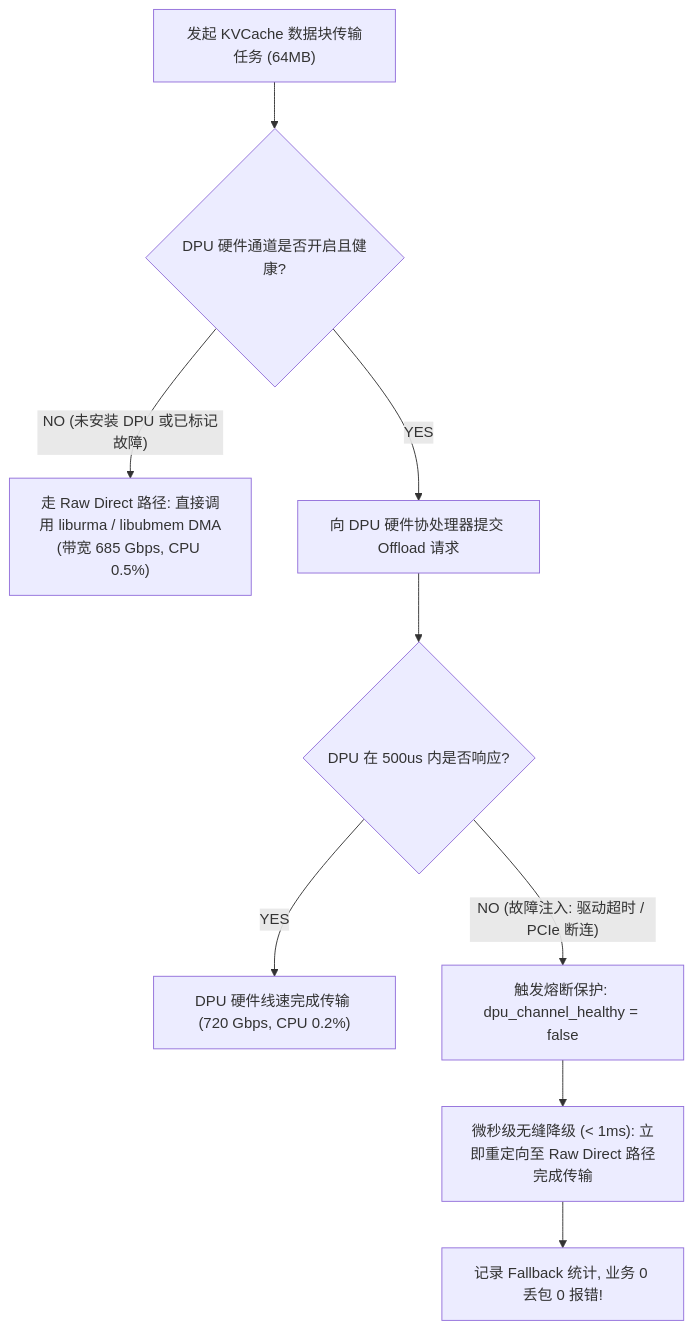
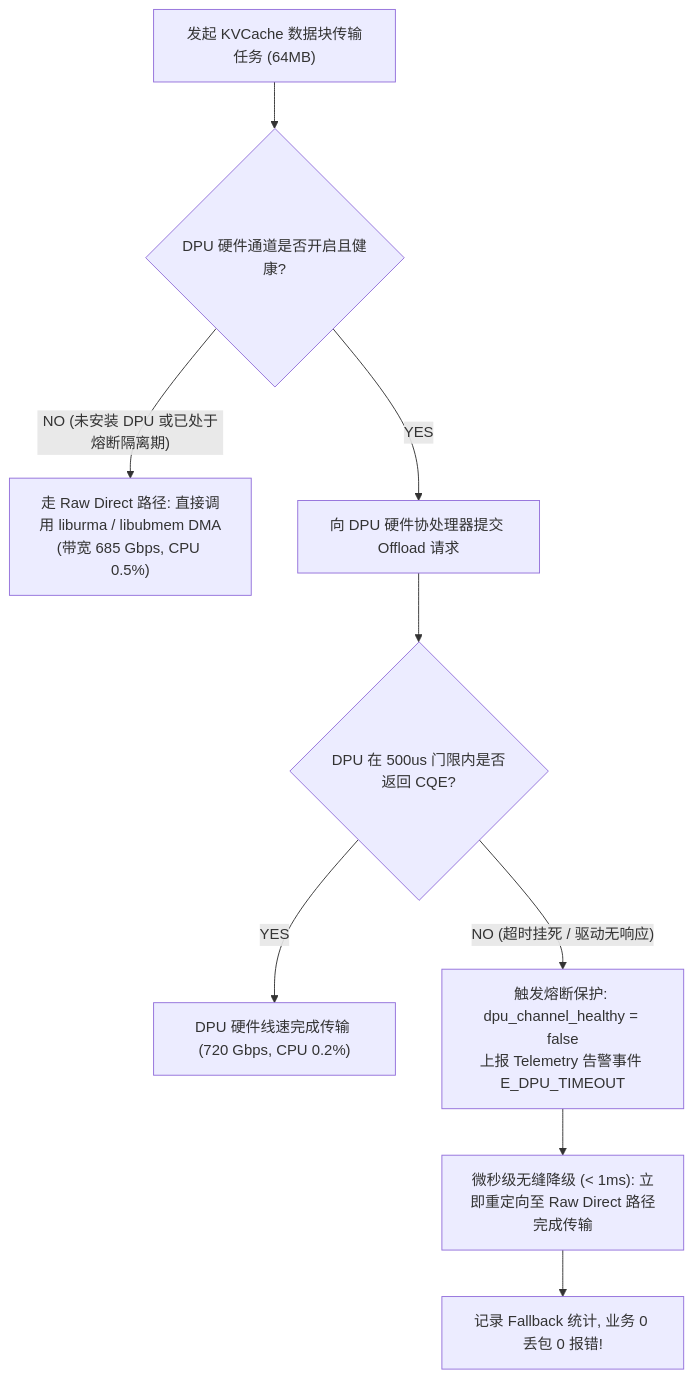
Before and after one commit to stonetree/reports: the diagram in kvcache/unified_kv_memory/提前验证方案设计/验证计划方案设计/11_CVT-03_DPU-Codec-CQ卸载必要性与RawDirect无缝Fallback证伪实施方案设计.md, drawn with Mermaid. The commit also changed other lines of this file and 11 other files, not shown here.

````diff
--- a/kvcache/unified_kv_memory/提前验证方案设计/验证计划方案设计/11_CVT-03_DPU-Codec-CQ卸载必要性与RawDirect无缝Fallback证伪实施方案设计.md
+++ b/kvcache/unified_kv_memory/提前验证方案设计/验证计划方案设计/11_CVT-03_DPU-Codec-CQ卸载必要性与RawDirect无缝Fallback证伪实施方案设计.md
@@ -54,12 +60,12 @@
 ```mermaid
 flowchart TD
     Req["发起 KVCache 数据块传输任务 (64MB)"] --> CheckDPU{"DPU 硬件通道是否开启且健康?"}
-    CheckDPU -- "NO (未安装 DPU 或已标记故障)" --> SendRaw["走 Raw Direct 路径: 直接调用 liburma / libubmem DMA<br/>(带宽 685 Gbps, CPU 0.5%)"]
+    CheckDPU -- "NO (未安装 DPU 或已处于熔断隔离期)" --> SendRaw["走 Raw Direct 路径: 直接调用 liburma / libubmem DMA<br/>(带宽 685 Gbps, CPU 0.5%)"]
     CheckDPU -- "YES" --> TryDPU["向 DPU 硬件协处理器提交 Offload 请求"]
     
-    TryDPU --> Watchdog{"DPU 在 500us 内是否响应?"}
+    TryDPU --> Watchdog{"DPU 在 500us 门限内是否返回 CQE?"}
     Watchdog -- "YES" --> DPU_Done["DPU 硬件线速完成传输 (720 Gbps, CPU 0.2%)"]
-    Watchdog -- "NO (故障注入: 驱动超时 / PCIe 断连)" --> TripCircuit["触发熔断保护: dpu_channel_healthy = false"]
+    Watchdog -- "NO (超时挂死 / 驱动无响应)" --> TripCircuit["触发熔断保护: dpu_channel_healthy = false<br/>上报 Telemetry 告警事件 E_DPU_TIMEOUT"]
     TripCircuit --> Fallback["微秒级无缝降级 (< 1ms): 立即重定向至 Raw Direct 路径完成传输"]
     Fallback --> Log["记录 Fallback 统计, 业务 0 丢包 0 报错!"]
 ```
````
